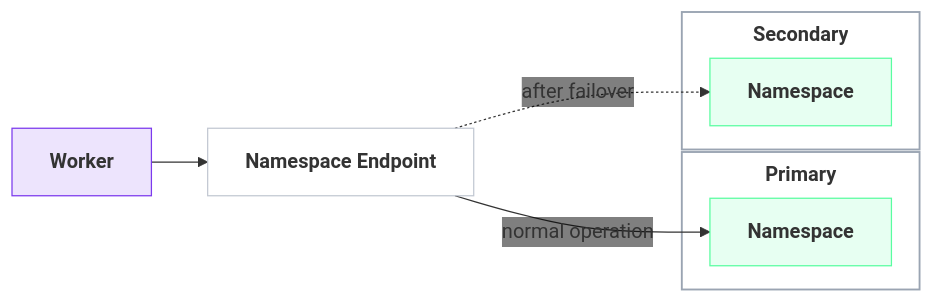
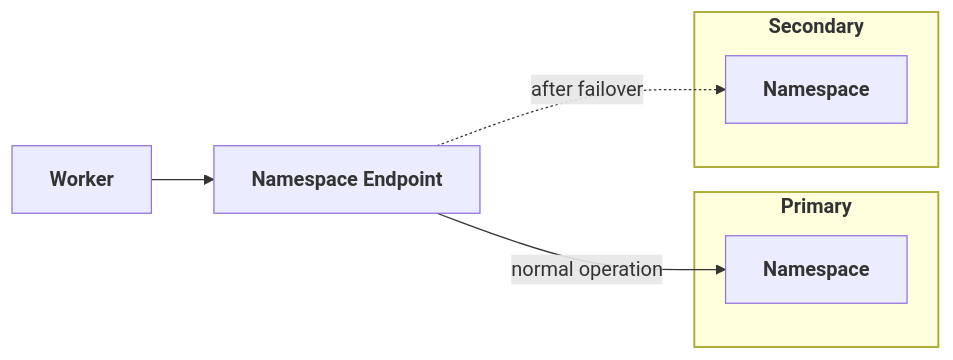
Before and after one commit to temporalio/documentation: the eighth of 15 diagrams in docs/cloud/high-availability/architecture-patterns.mdx, drawn with Mermaid. The commit also changed other lines of this file and 15 other files, not shown here.

First line of the commit message:
Refactor Mermaid diagrams for improved clarity and consistency across documentation

````diff
--- a/docs/cloud/high-availability/architecture-patterns.mdx
+++ b/docs/cloud/high-availability/architecture-patterns.mdx
@@ -335,20 +318,19 @@
 ```mermaid
-%%{init: {'themeVariables':{'fontFamily':'Inter, ui-sans-serif, system-ui, sans-serif','edgeLabelBackground':'transparent'},'flowchart':{'nodeSpacing':18,'rankSpacing':45,'curve':'basis','subGraphTitleMargin':{'top':6,'bottom':12}}}}%%
 flowchart LR
-    classDef worker fill:#7C3AED22,stroke:#7C3AED,stroke-width:1px;
-    classDef ns fill:#59FDA024,stroke:#59FDA0,stroke-width:1px;
-    classDef endpoint fill:transparent,stroke:#c2c8d2,stroke-width:1px;
-    classDef region fill:transparent,stroke:#9aa4b2,stroke-width:1.5px;
+    classDef worker stroke-width:1px;
+    classDef ns stroke-width:1px;
+    classDef endpoint stroke-width:1px;
+    classDef region stroke-width:1.5px;
     NEW["<b>Worker</b>"]:::worker
     NEEP["<b>Namespace Endpoint</b>"]:::endpoint
     NEW --> NEEP
     subgraph NEPRIM["<b>Primary</b>"]
       NEPNS["<b>Namespace</b>"]:::ns
     end
     subgraph NESEC["<b>Secondary</b>"]
       NESNS["<b>Namespace</b>"]:::ns
     end
     NEEP -->|"normal operation"| NEPNS
     NEEP -.->|"after failover"| NESNS
     class NEPRIM,NESEC region
 ```
````
